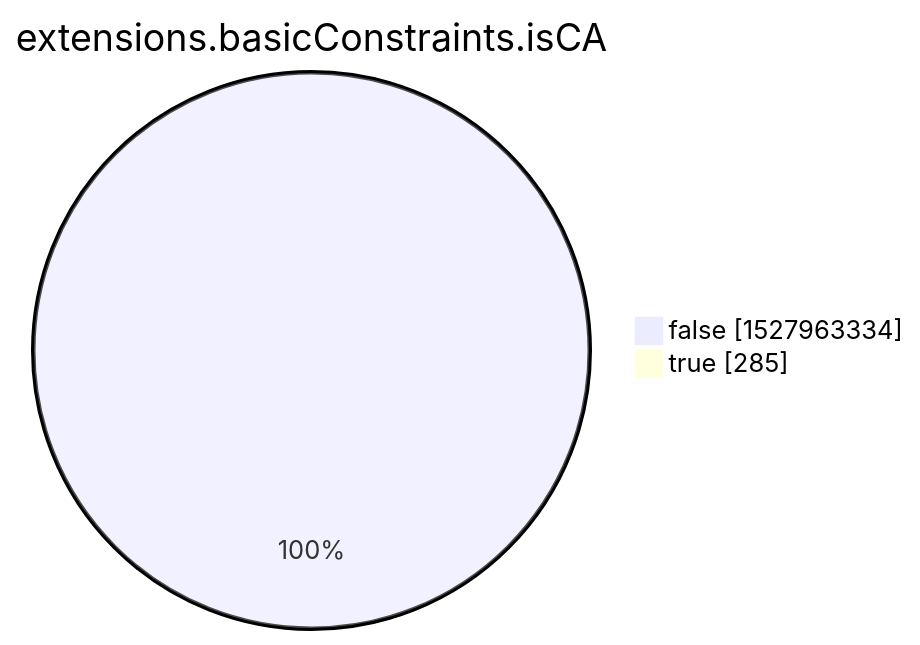
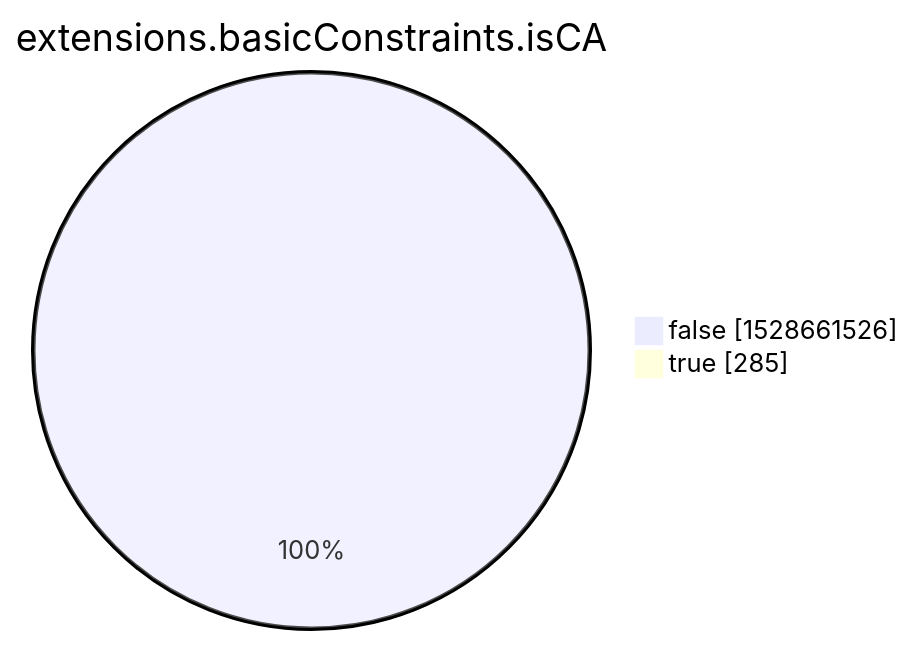
The eighth of 15 diagrams in xenon2022/README.md (christiankrug/ctmonitor_visualization), drawn with Mermaid before and after one commit. The commit also changed other lines of this file, not shown here.

````diff
--- a/xenon2022/README.md
+++ b/xenon2022/README.md
@@ -2857,6 +2857,6 @@
 ```mermaid
 pie showData
 title extensions.basicConstraints.isCA
-"false" :1527963334
+"false" :1528661526
 "true" :285
 ```
````
